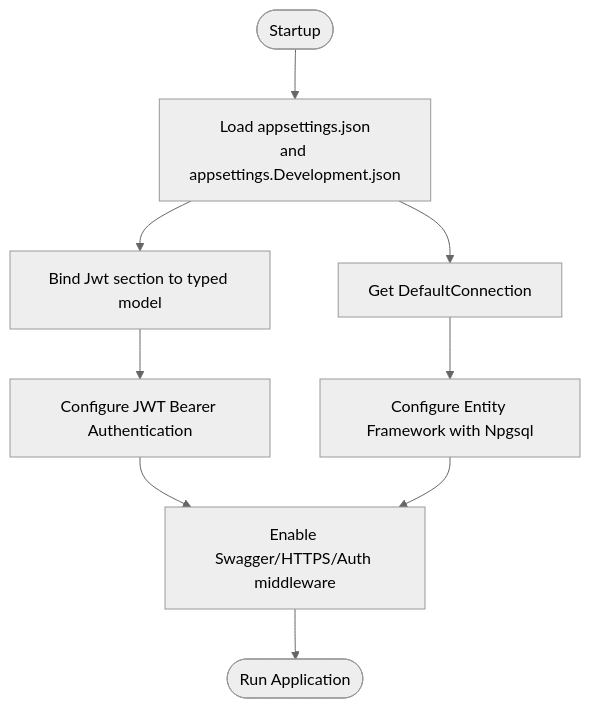
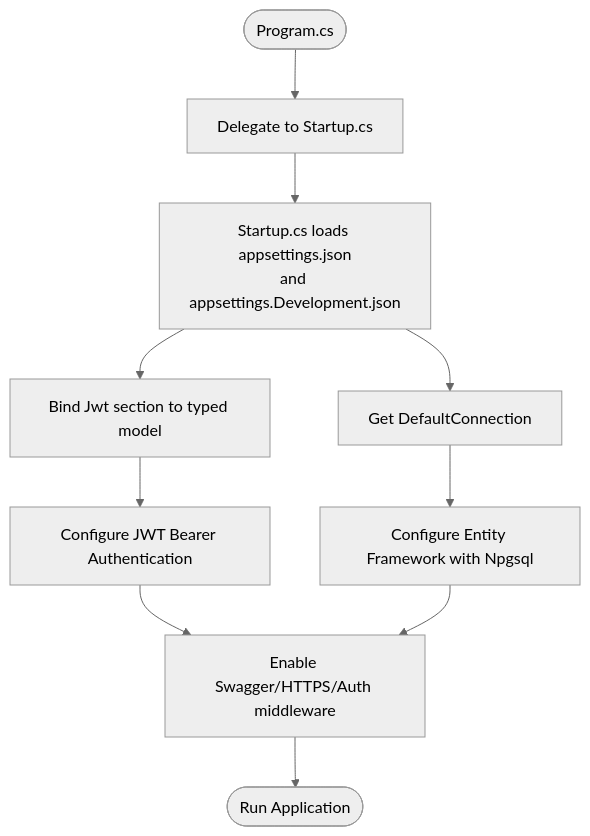
One commit to MuhammadFaizanQamar/game-backend-service changed the third of 6 diagrams in .qoder/repowiki/en/content/Configuration & Settings/Environment Configuration.md. Above: the diagram before and after it, drawn with Mermaid (neutral theme). The commit also changed other lines of this file and 62 other files, not shown here.

````diff
--- a/.qoder/repowiki/en/content/Configuration & Settings/Environment Configuration.md
+++ b/.qoder/repowiki/en/content/Configuration & Settings/Environment Configuration.md
@@ -211,11 +237,12 @@
 ```mermaid
 flowchart TD
-Start(["Startup"]) --> LoadConfig["Load appsettings.json<br/>and appsettings.Development.json"]
+Start(["Program.cs"]) --> Delegate["Delegate to Startup.cs"]
+Delegate --> LoadConfig["Startup.cs loads appsettings.json<br/>and appsettings.Development.json"]
 LoadConfig --> BindJwt["Bind Jwt section to typed model"]
 LoadConfig --> GetConnStr["Get DefaultConnection"]
 BindJwt --> ConfigureAuth["Configure JWT Bearer Authentication"]
 GetConnStr --> ConfigureEF["Configure Entity Framework with Npgsql"]
 ConfigureAuth --> Middlewares["Enable Swagger/HTTPS/Auth middleware"]
 ConfigureEF --> Middlewares
 Middlewares --> Run(["Run Application"])
 ```
````
